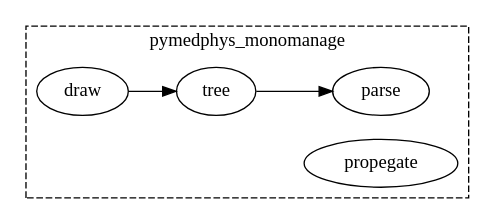
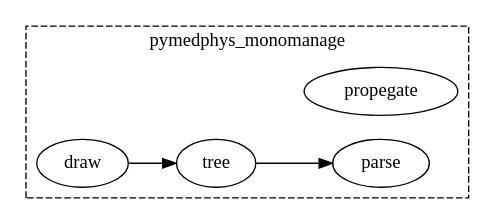
One commit to pymedphys/pymedphys changed the diagram in docs/graphs/pymedphys_monomanage.dot. Above: the diagram before and after it, drawn with Graphviz. The commit also changed other lines of this file and 49 other files, not shown here.

Commit message:
make graph draw be compatible with windows

```diff
--- a/docs/graphs/pymedphys_monomanage.dot
+++ b/docs/graphs/pymedphys_monomanage.dot
@@ -1,31 +1,23 @@
-
-        strict digraph  {
-            rankdir = LR;
-            subgraph cluster_0 {
-                "pymedphys_monomanage.draw";
-"pymedphys_monomanage.parse";
-"pymedphys_monomanage.propegate";
-"pymedphys_monomanage.tree";
-
-                label = "pymedphys_monomanage";
-                style = dashed;
-                
-            { rank = same; "pymedphys_monomanage.parse"; "pymedphys_monomanage.propegate"; }
-            
-            { rank = same; "pymedphys_monomanage.tree"; }
-            
-            { rank = same; "pymedphys_monomanage.draw"; }
-            
-            }
-            "pymedphys_monomanage.draw" [label="draw"];
-"pymedphys_monomanage.parse" [label="parse"];
-"pymedphys_monomanage.propegate" [label="propegate"];
-"pymedphys_monomanage.tree" [label="tree"];
-
-            
-            "pymedphys_monomanage.draw" -> "pymedphys_monomanage.tree";
-"pymedphys_monomanage.tree" -> "pymedphys_monomanage.parse";
-"pymedphys_monomanage.tree" -> "pymedphys_monomanage.parse";
-"pymedphys_monomanage.draw" -> "pymedphys_monomanage.tree";
-
-        }
+strict digraph {
+	graph [rankdir=LR];
+	subgraph cluster_0 {
+		graph [label=pymedphys_monomanage,
+			style=dashed
+		];
+		{
+			graph [rank=same];
+			"pymedphys_monomanage.parse"			 [label=parse];
+			"pymedphys_monomanage.propegate"			 [label=propegate];
+		}
+		{
+			graph [rank=same];
+			"pymedphys_monomanage.tree"			 [label=tree];
+		}
+		{
+			graph [rank=same];
+			"pymedphys_monomanage.draw"			 [label=draw];
+		}
+	}
+	"pymedphys_monomanage.draw" -> "pymedphys_monomanage.tree";
+	"pymedphys_monomanage.tree" -> "pymedphys_monomanage.parse";
+}
```
